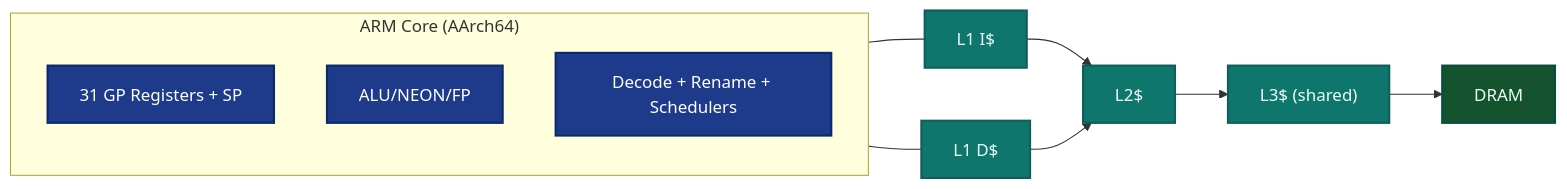
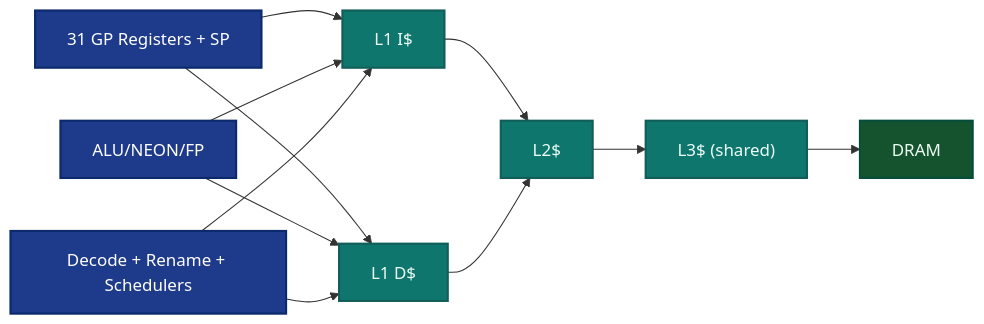
The fifth of 15 diagrams in docs/level-4/computing-skills/computer-systems-and-architecture.md (jaysalw/csref.dev), drawn with Mermaid before and after one commit. The commit also changed other lines of this file and 1 other file, not shown here.

Commit message:
Refactor Mermaid initialization and improve diagram rendering in documentation

````diff
--- a/docs/level-4/computing-skills/computer-systems-and-architecture.md
+++ b/docs/level-4/computing-skills/computer-systems-and-architecture.md
@@ -124,22 +124,24 @@
 ```mermaid
 flowchart LR
   classDef core fill:#1e3a8a,stroke:#0b2a6b,stroke-width:2,color:#fff;
   classDef cache fill:#0f766e,stroke:#115e59,stroke-width:2,color:#ecfdf5;
   classDef mem fill:#14532d,stroke:#064e3b,stroke-width:2,color:#ecfdf5;
 
-  subgraph ARM_Core["ARM Core (AArch64)"]
-    RF[31 GP Registers + SP]:::core
-    ALU[ALU/NEON/FP]:::core
-    CU[Decode + Rename + Schedulers]:::core
-  end
+  RF[31 GP Registers + SP]:::core
+  ALU[ALU/NEON/FP]:::core
+  CU[Decode + Rename + Schedulers]:::core
   L1I["L1 I$"]:::cache
   L1D["L1 D$"]:::cache
   L2["L2$"]:::cache
   L3["L3$ (shared)"]:::cache
   MEM["DRAM"]:::mem
 
-  ARM_Core --- L1I
-  ARM_Core --- L1D
+  RF --> L1I
+  RF --> L1D
+  ALU --> L1I
+  ALU --> L1D
+  CU --> L1I
+  CU --> L1D
   L1I --> L2 --> L3 --> MEM
   L1D --> L2
 ```
````
